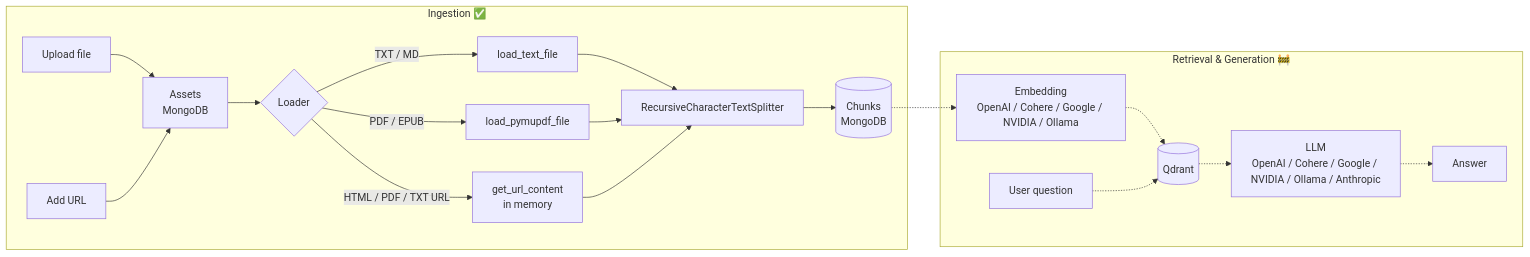
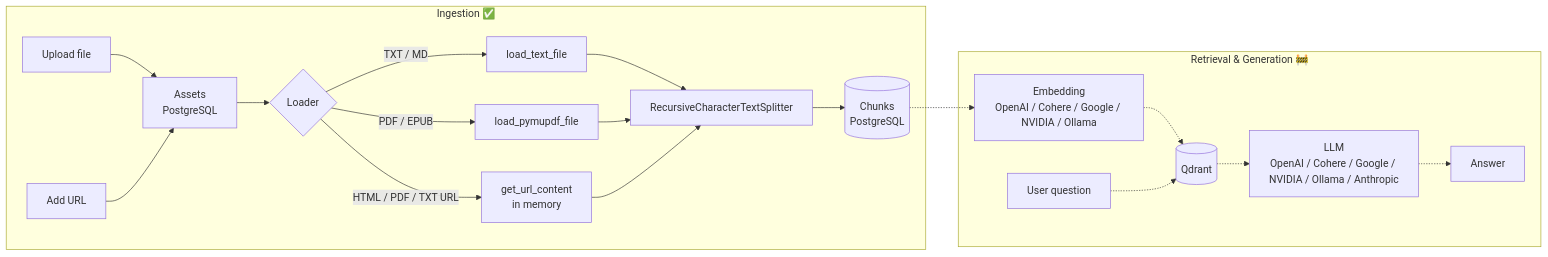
Before and after one commit to Amir-Hossni/RagForge: the first of 2 diagrams in README.md, drawn with Mermaid. The commit also changed other lines of this file, not shown here.

````diff
--- a/README.md
+++ b/README.md
@@ -71,21 +50,21 @@
 ```mermaid
 flowchart LR
     subgraph Ingestion["Ingestion ✅"]
-        A[Upload file] --> C[Assets<br/>MongoDB]
+        A[Upload file] --> C[Assets<br/>PostgreSQL]
         B[Add URL] --> C
         C --> D{Loader}
         D -->|TXT / MD| E[load_text_file]
         D -->|PDF / EPUB| F[load_pymupdf_file]
         D -->|HTML / PDF / TXT URL| G[get_url_content<br/>in memory]
         E & F & G --> H[RecursiveCharacterTextSplitter]
-        H --> I[(Chunks<br/>MongoDB)]
+        H --> I[(Chunks<br/>PostgreSQL)]
     end
 
     subgraph Retrieval["Retrieval & Generation 🚧"]
         I -.-> J[Embedding<br/>OpenAI / Cohere / Google / NVIDIA / Ollama]
         J -.-> K[(Qdrant)]
         Q[User question] -.-> K
         K -.-> L[LLM<br/>OpenAI / Cohere / Google / NVIDIA / Ollama / Anthropic]
         L -.-> R[Answer]
     end
 ```
````
